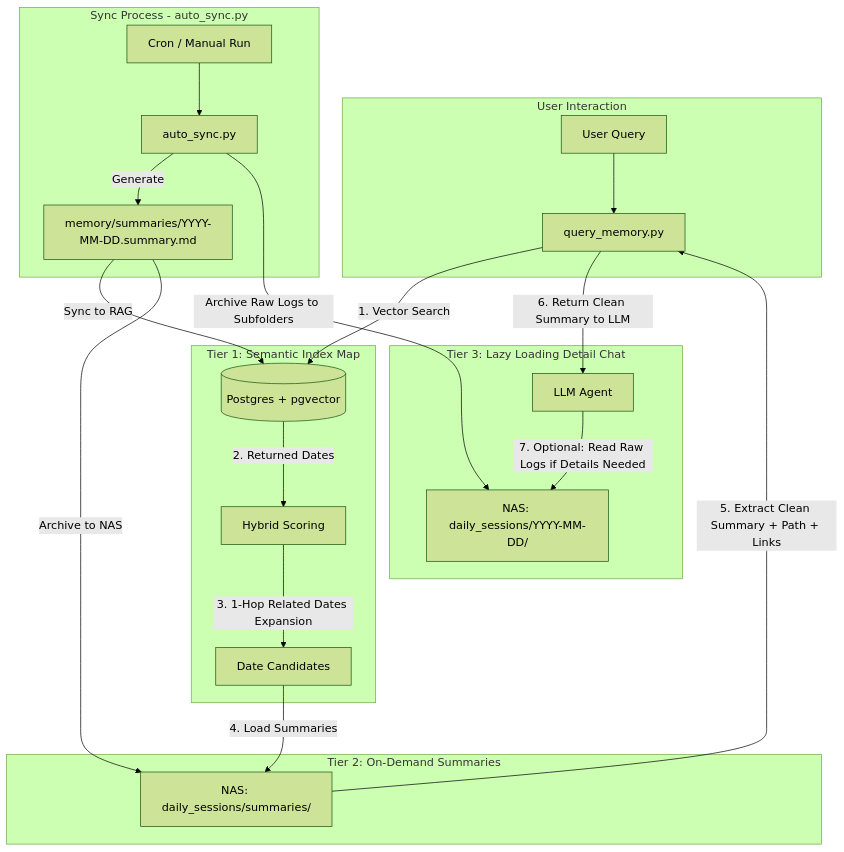
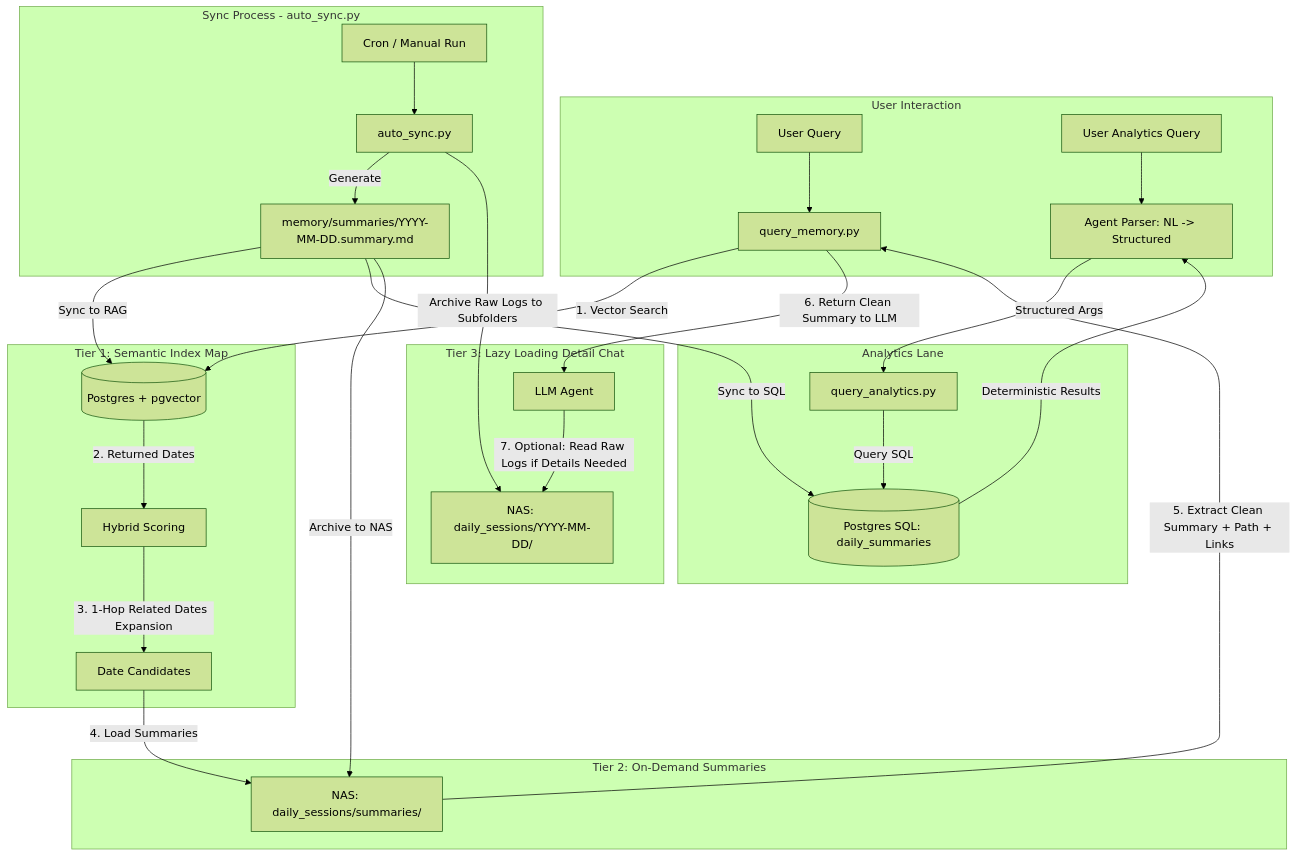
One commit to nouverse-tech/nouva-mcp-server changed the first of 4 diagrams in src/skills/memory_engine/ARCHITECTURE.md. Above: the diagram before and after it, drawn with Mermaid (forest theme). The commit also changed other lines of this file, not shown here.

Commit message:
docs: include daily_summaries and analytics lane in end-to-end architecture diagram

````diff
--- a/src/skills/memory_engine/ARCHITECTURE.md
+++ b/src/skills/memory_engine/ARCHITECTURE.md
@@ -53,30 +53,38 @@
 ```mermaid
 flowchart TD
  subgraph UserTurn [User Interaction]
  Q[User Query] --> QM[query_memory.py]
+ QA_NL[User Analytics Query] --> AGENT[Agent Parser: NL -> Structured]
  end
 
  subgraph Tier1 [Tier 1: Semantic Index Map]
  QM --> |1. Vector Search| RAG[(Postgres + pgvector)]
  RAG --> |2. Returned Dates| HS[Hybrid Scoring]
  HS --> |3. 1-Hop Related Dates Expansion| EXP[Date Candidates]
  end
 
  subgraph Tier2 [Tier 2: On-Demand Summaries]
  EXP --> |4. Load Summaries| NAS_SUM[NAS: daily_sessions/summaries/]
  NAS_SUM --> |5. Extract Clean Summary + Path + Links| QM
  end
 
  subgraph Tier3 [Tier 3: Lazy Loading Detail Chat]
  QM --> |6. Return Clean Summary to LLM| LLM[LLM Agent]
  LLM --> |7. Optional: Read Raw Logs if Details Needed| NAS_RAW[NAS: daily_sessions/YYYY-MM-DD/]
  end
 
+ subgraph AnalyticsLane [Analytics Lane]
+ AGENT --> |Structured Args| QA[query_analytics.py]
+ QA --> |Query SQL| SQL[(Postgres SQL: daily_summaries)]
+ SQL --> |Deterministic Results| AGENT
+ end
+
  subgraph SyncProcess [Sync Process - auto_sync.py]
  Cron[Cron / Manual Run] --> Sync[auto_sync.py]
  Sync --> |Generate| SumFiles[memory/summaries/YYYY-MM-DD.summary.md]
  SumFiles --> |Sync to RAG| RAG
+ SumFiles --> |Sync to SQL| SQL
  SumFiles --> |Archive to NAS| NAS_SUM
  Sync --> |Archive Raw Logs to Subfolders| NAS_RAW
  end
 ```
````
